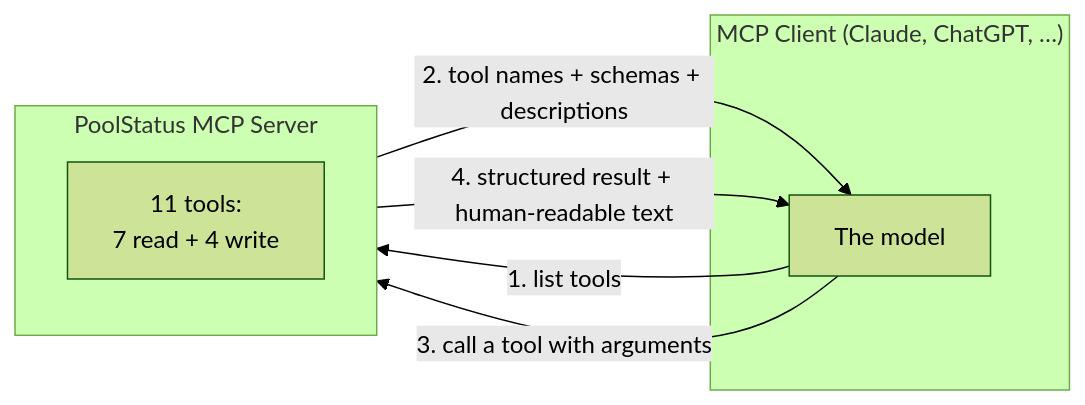
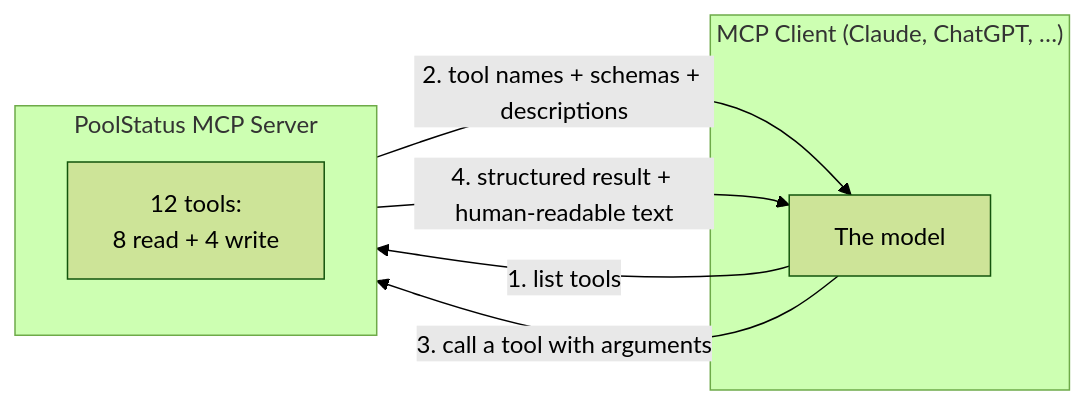
The first of 9 diagrams in docs/mcp-server.md (obaptiste/pool-pro-beta), drawn with Mermaid (forest theme) before and after one commit. The commit also changed other lines of this file and 9 other files, not shown here.

````diff
--- a/docs/mcp-server.md
+++ b/docs/mcp-server.md
@@ -68,13 +68,13 @@
 ```mermaid
 flowchart LR
     subgraph Client["MCP Client (Claude, ChatGPT, …)"]
         LLM["The model"]
     end
     subgraph Server["PoolStatus MCP Server"]
-        Tools["11 tools:\n7 read + 4 write"]
+        Tools["12 tools:\n8 read + 4 write"]
     end
     LLM -- "1. list tools" --> Server
     Server -- "2. tool names + schemas + descriptions" --> LLM
     LLM -- "3. call a tool with arguments" --> Server
     Server -- "4. structured result + human-readable text" --> LLM
 ```
````
